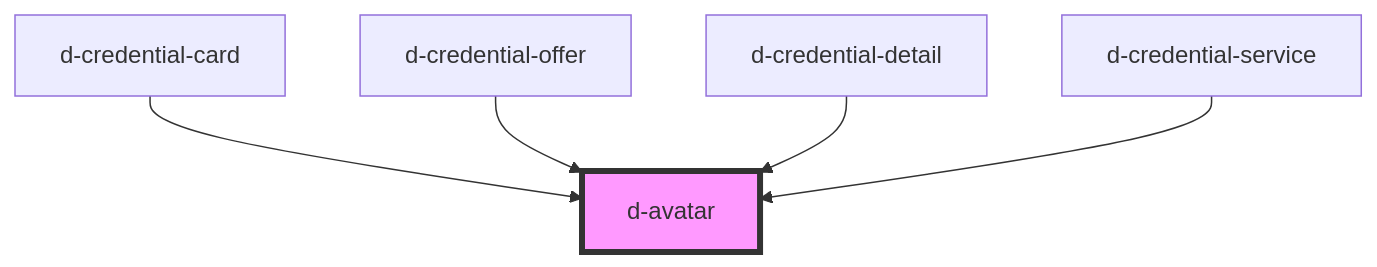
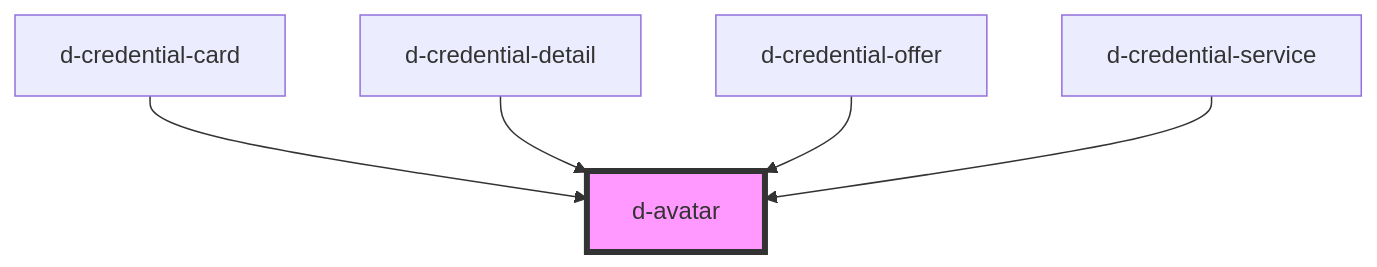
Before and after one commit to ForkbombEu/didroom-components: the diagram in src/components/avatar/readme.md, drawn with Mermaid. The commit also changed other lines of this file and 8 other files, not shown here.

````diff
--- a/src/components/avatar/readme.md
+++ b/src/components/avatar/readme.md
@@ -28,8 +28,8 @@
 ```mermaid
 graph TD;
   d-credential-card --> d-avatar
+  d-credential-detail --> d-avatar
   d-credential-offer --> d-avatar
-  d-credential-detail --> d-avatar
   d-credential-service --> d-avatar
   style d-avatar fill:#f9f,stroke:#333,stroke-width:4px
 ```
````
